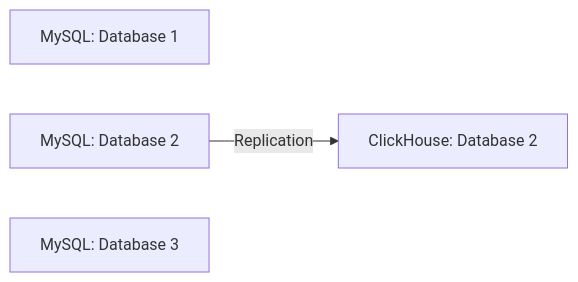
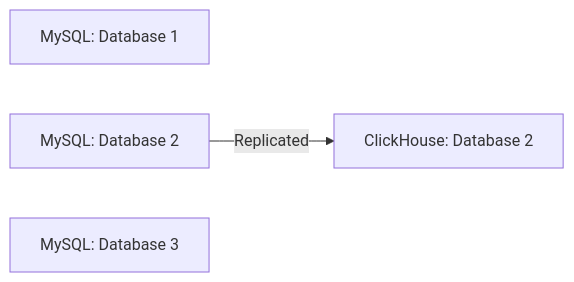
One commit to Altinity/clickhouse-sink-connector changed the second of 4 diagrams in sink-connector-lightweight/tests/integration/requirements/requirements.md. Above: the diagram before and after it, drawn with Mermaid. The commit also changed other lines of this file and 1 other file, not shown here.

````diff
--- a/sink-connector-lightweight/tests/integration/requirements/requirements.md
+++ b/sink-connector-lightweight/tests/integration/requirements/requirements.md
@@ -1662,6 +1686,6 @@
 ```mermaid
 graph LR
     A[MySQL: Database 1]
-    B[MySQL: Database 2] -->|Replication| D[ClickHouse: Database 2]
+    B[MySQL: Database 2] -->|Replicated| D[ClickHouse: Database 2]
     C[MySQL: Database 3]
 ```
````
